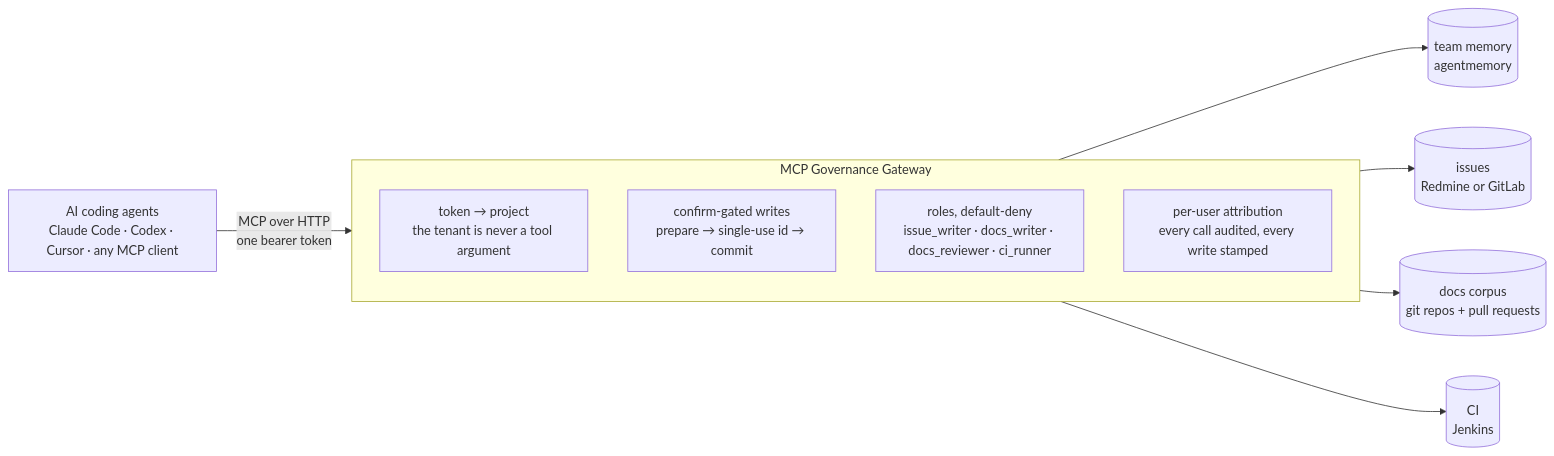
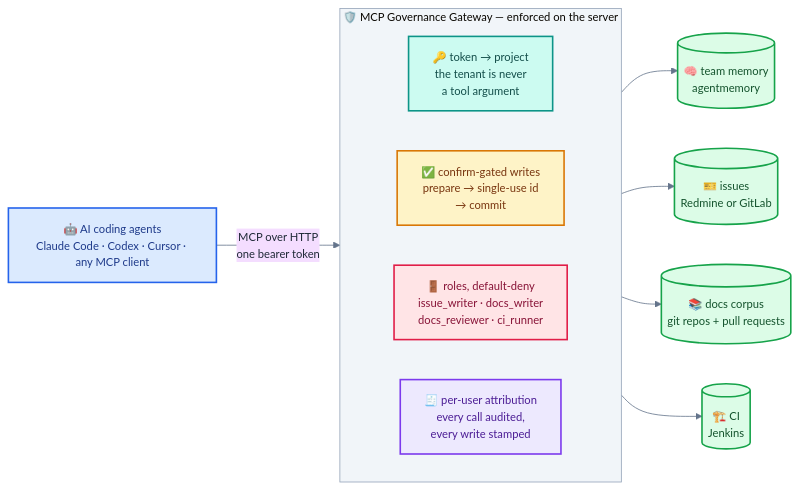
The diagram in README.md (aarontzeng/mcp-governance-gateway), drawn with Mermaid before and after one commit.

Commit message:
README: colour-code the boundary diagram
Same diagram, now readable at a glance: agents blue, the four things the
gateway enforces each in its own hue (tenant teal, confirmation amber, roles
rose, attribution violet), backends green; an init block fixes the fonts and
cluster colours so GitHub's light and dark themes both keep the contrast.

````diff
--- a/README.md
+++ b/README.md
@@ -12,16 +12,30 @@
 ```mermaid
+%%{init: {"theme": "base", "themeVariables": {"fontFamily": "ui-sans-serif, system-ui, sans-serif", "fontSize": "14px", "primaryTextColor": "#1f2937", "lineColor": "#64748b", "clusterBkg": "#f1f5f9", "clusterBorder": "#94a3b8"}}}%%
 flowchart LR
-    A["AI coding agents<br/>Claude Code · Codex · Cursor · any MCP client"]
+    A["🤖 AI coding agents<br/>Claude Code · Codex · Cursor · any MCP client"]
     A -- "MCP over HTTP<br/>one bearer token" --> G
-    subgraph G["MCP Governance Gateway"]
-        direction TB
-        T["token → project<br/>the tenant is never a tool argument"]
-        C["confirm-gated writes<br/>prepare → single-use id → commit"]
-        R["roles, default-deny<br/>issue_writer · docs_writer · docs_reviewer · ci_runner"]
-        U["per-user attribution<br/>every call audited, every write stamped"]
+    subgraph G["🛡️ MCP Governance Gateway — enforced on the server"]
+        direction LR
+        T["🔑 token → project<br/>the tenant is never<br/>a tool argument"]
+        C["✅ confirm-gated writes<br/>prepare → single-use id<br/>→ commit"]
+        R["🚪 roles, default-deny<br/>issue_writer · docs_writer<br/>docs_reviewer · ci_runner"]
+        U["🧾 per-user attribution<br/>every call audited,<br/>every write stamped"]
     end
-    G --> M[("team memory<br/>agentmemory")]
-    G --> I[("issues<br/>Redmine or GitLab")]
-    G --> D[("docs corpus<br/>git repos + pull requests")]
-    G --> J[("CI<br/>Jenkins")]
+    G --> M[("🧠 team memory<br/>agentmemory")]
+    G --> I[("🎫 issues<br/>Redmine or GitLab")]
+    G --> D[("📚 docs corpus<br/>git repos + pull requests")]
+    G --> J[("🏗️ CI<br/>Jenkins")]
+
+    classDef agents fill:#dbeafe,stroke:#2563eb,stroke-width:2px,color:#1e3a8a
+    classDef tenant fill:#ccfbf1,stroke:#0d9488,stroke-width:2px,color:#134e4a
+    classDef confirm fill:#fef3c7,stroke:#d97706,stroke-width:2px,color:#78350f
+    classDef roles fill:#ffe4e6,stroke:#e11d48,stroke-width:2px,color:#881337
+    classDef audit fill:#ede9fe,stroke:#7c3aed,stroke-width:2px,color:#4c1d95
+    classDef backend fill:#dcfce7,stroke:#16a34a,stroke-width:2px,color:#14532d
+    class A agents
+    class T tenant
+    class C confirm
+    class R roles
+    class U audit
+    class M,I,D,J backend
 ```
````
